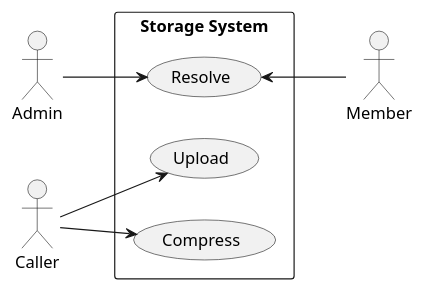
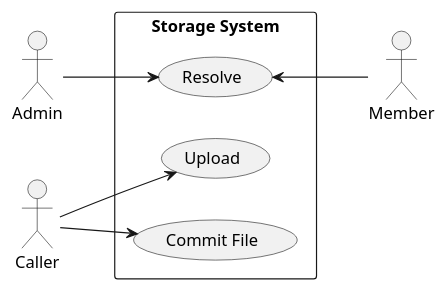
One commit to fwidjaya20/fazzlearning-uml changed the diagram in UseCase/Release01/StorageSubSystem.wsd. Above: the diagram before and after it, drawn with PlantUML. The commit also changed 5 other files, not shown here.

```diff
--- a/UseCase/Release01/StorageSubSystem.wsd
+++ b/UseCase/Release01/StorageSubSystem.wsd
@@ -1,22 +1,22 @@
 @startuml StorageSubSystem
 
 left to right direction
 
 skinparam Monochrome true
 skinparam Shadowing false
 skinparam packageStyle rectangle
 
 actor Admin
 actor Member
 actor Caller
 
 rectangle "Storage System" {
     Admin --> (Resolve)
     
     (Resolve) <-- Member
 
     Caller --> (Upload)
-    Caller --> (Compress)
+    Caller --> (Commit File)
 }
 
 @enduml
```
